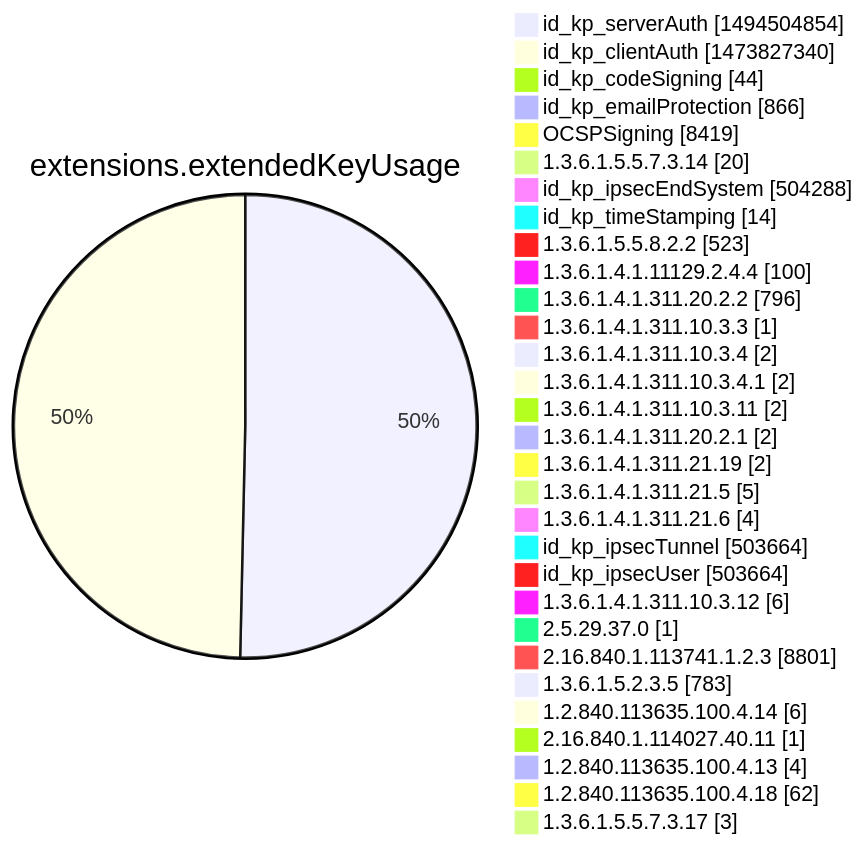
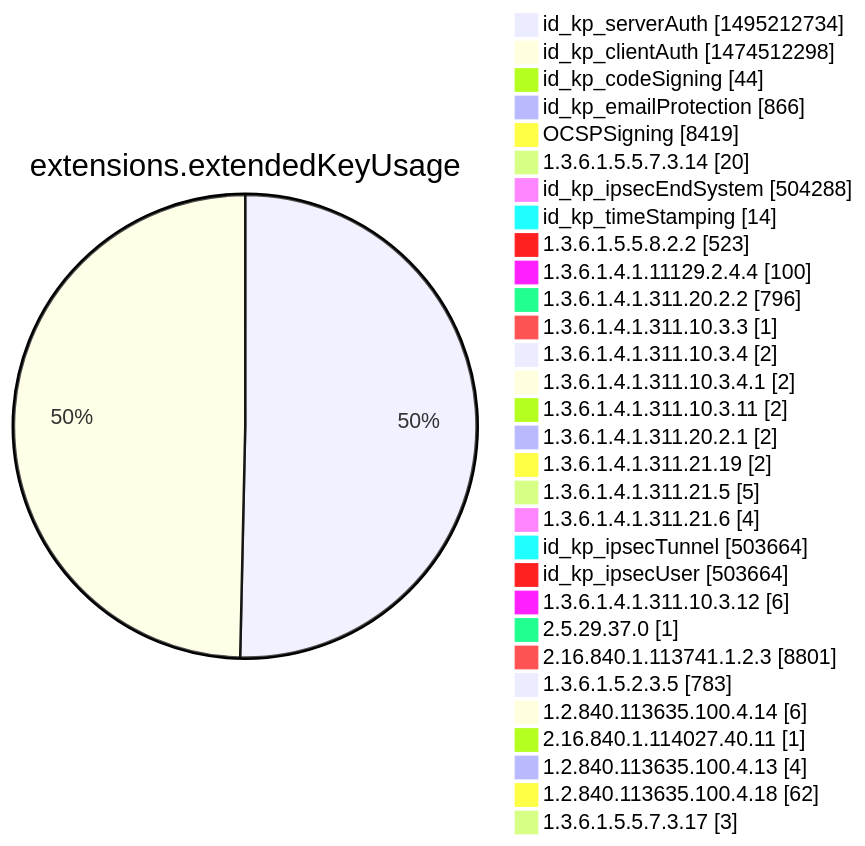
Diagram 12 of 15 in argon2022/README.md (christiankrug/ctmonitor_visualization), drawn with Mermaid before and after one commit. The commit also changed other lines of this file, not shown here.

````diff
--- a/argon2022/README.md
+++ b/argon2022/README.md
@@ -3555,34 +3555,34 @@
 ```mermaid
 pie showData
 title extensions.extendedKeyUsage
-"id_kp_serverAuth" :1494504854
-"id_kp_clientAuth" :1473827340
+"id_kp_serverAuth" :1495212734
+"id_kp_clientAuth" :1474512298
 "id_kp_codeSigning" :44
 "id_kp_emailProtection" :866
 "OCSPSigning" :8419
 "1.3.6.1.5.5.7.3.14" :20
 "id_kp_ipsecEndSystem" :504288
 "id_kp_timeStamping" :14
 "1.3.6.1.5.5.8.2.2" :523
 "1.3.6.1.4.1.11129.2.4.4" :100
 "1.3.6.1.4.1.311.20.2.2" :796
 "1.3.6.1.4.1.311.10.3.3" :1
 "1.3.6.1.4.1.311.10.3.4" :2
 "1.3.6.1.4.1.311.10.3.4.1" :2
 "1.3.6.1.4.1.311.10.3.11" :2
 "1.3.6.1.4.1.311.20.2.1" :2
 "1.3.6.1.4.1.311.21.19" :2
 "1.3.6.1.4.1.311.21.5" :5
 "1.3.6.1.4.1.311.21.6" :4
 "id_kp_ipsecTunnel" :503664
 "id_kp_ipsecUser" :503664
 "1.3.6.1.4.1.311.10.3.12" :6
 "2.5.29.37.0" :1
 "2.16.840.1.113741.1.2.3" :8801
 "1.3.6.1.5.2.3.5" :783
 "1.2.840.113635.100.4.14" :6
 "2.16.840.1.114027.40.11" :1
 "1.2.840.113635.100.4.13" :4
 "1.2.840.113635.100.4.18" :62
 "1.3.6.1.5.5.7.3.17" :3
 ```
````
